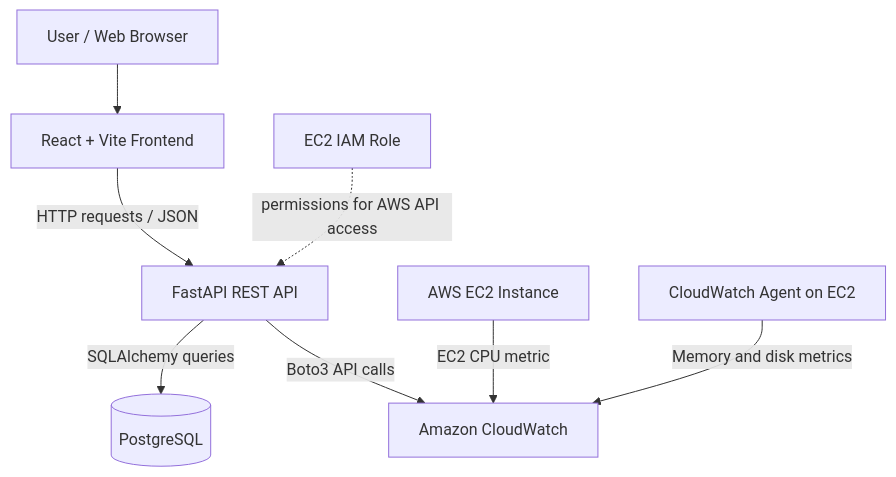
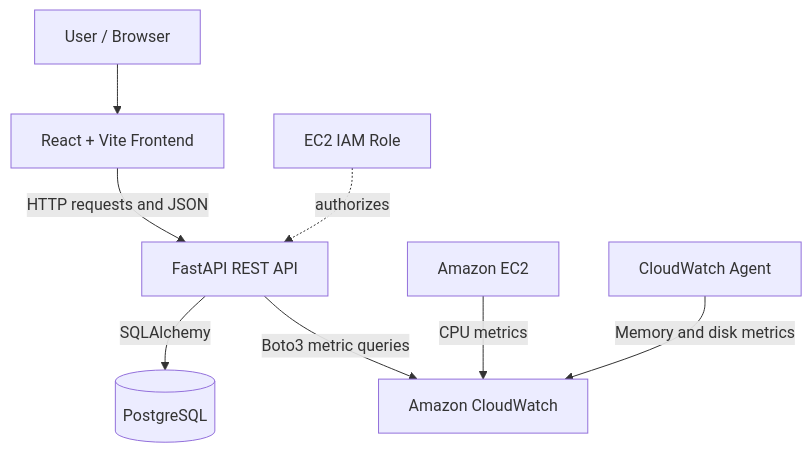
One commit to Bharath9542530187/CloudOps-Nexus changed the diagram in docs/architecture.md. Above: the diagram before and after it, drawn with Mermaid. The commit also changed other lines of this file and 5 other files, not shown here.

Commit message:
Add architecture, workflow, AWS and interview documentation

````diff
--- a/docs/architecture.md
+++ b/docs/architecture.md
@@ -17,10 +8,10 @@
 ```mermaid
-flowchart TD
-    U["User / Web Browser"] --> FE["React + Vite Frontend"]
-    FE -->|"HTTP requests / JSON"| API["FastAPI REST API"]
-    API -->|"SQLAlchemy queries"| DB[("PostgreSQL")]
-    API -->|"Boto3 API calls"| CW["Amazon CloudWatch"]
-    EC2["AWS EC2 Instance"] -->|"EC2 CPU metric"| CW
-    AGENT["CloudWatch Agent on EC2"] -->|"Memory and disk metrics"| CW
-    ROLE["EC2 IAM Role"] -. "permissions for AWS API access" .-> API
+flowchart TB
+    USER[User / Browser] --> UI[React + Vite Frontend]
+    UI -->|HTTP requests and JSON| API[FastAPI REST API]
+    API -->|SQLAlchemy| DB[(PostgreSQL)]
+    API -->|Boto3 metric queries| CW[Amazon CloudWatch]
+    EC2[Amazon EC2] -->|CPU metrics| CW
+    AGENT[CloudWatch Agent] -->|Memory and disk metrics| CW
+    IAM[EC2 IAM Role] -. authorizes .-> API
 ```
````
